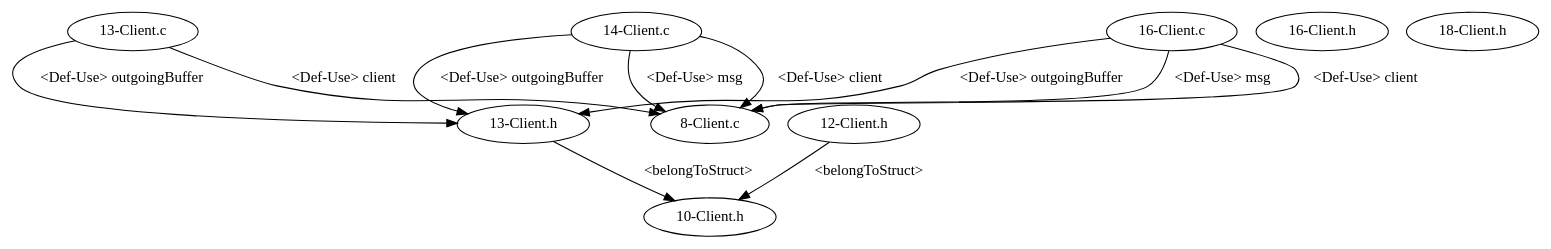
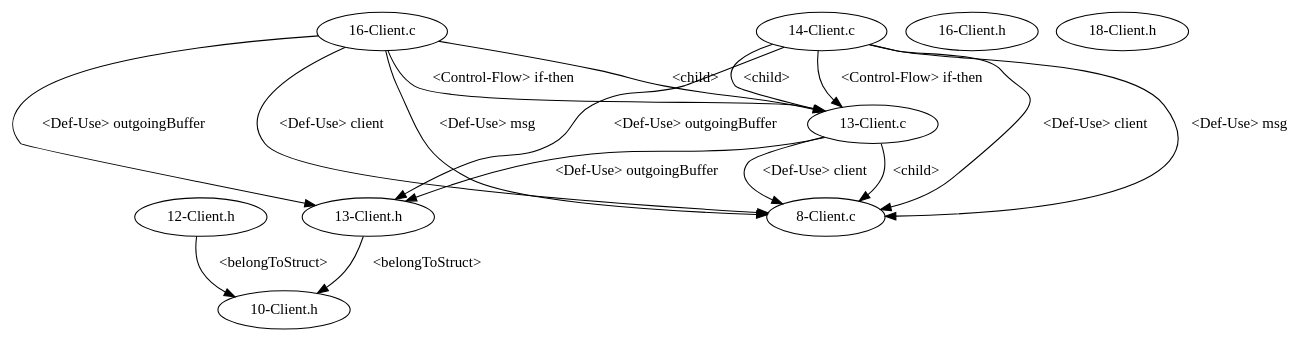
Before and after one commit to shuiblue/JDimeForCpp: the diagram in testcpp/dependencyGraph/EmailSystem/test_10/graph.gv, drawn with Graphviz. The commit also changed 33 other files, not shown here.

```diff
--- a/testcpp/dependencyGraph/EmailSystem/test_10/graph.gv
+++ b/testcpp/dependencyGraph/EmailSystem/test_10/graph.gv
@@ -1,21 +1,26 @@
 digraph {
 1 [label = "8-Client.c"];
 2 [label = "13-Client.c"];
 2 -> 1[label="<Def-Use> client"];
+2 -> 1[label="<child>"];
 3 [label = "14-Client.c"];
 3 -> 1[label="<Def-Use> client"];
 3 -> 1[label="<Def-Use> msg"];
+3 -> 2[label="<child>"];
 4 [label = "16-Client.c"];
 4 -> 1[label="<Def-Use> client"];
+4 -> 2[label="<child>"];
 4 -> 1[label="<Def-Use> msg"];
+3 -> 2[label="<Control-Flow> if-then"];
+4 -> 2[label="<Control-Flow> if-then"];
 5 [label = "10-Client.h"];
 6 [label = "12-Client.h"];
 7 [label = "13-Client.h"];
 6 -> 5[label="<belongToStruct>"];
 7 -> 5[label="<belongToStruct>"];
 8 [label = "16-Client.h"];
 9 [label = "18-Client.h"];
+4 -> 7[label="<Def-Use> outgoingBuffer"];
+2 -> 7[label="<Def-Use> outgoingBuffer"];
 3 -> 7[label="<Def-Use> outgoingBuffer"];
-2 -> 7[label="<Def-Use> outgoingBuffer"];
-4 -> 7[label="<Def-Use> outgoingBuffer"];
 }
```
